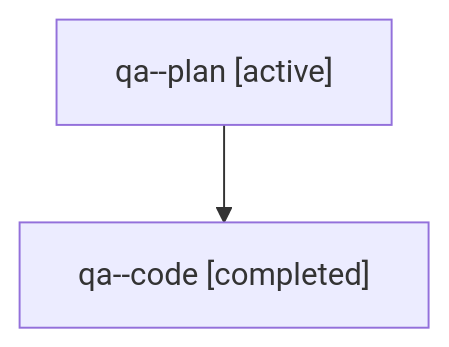
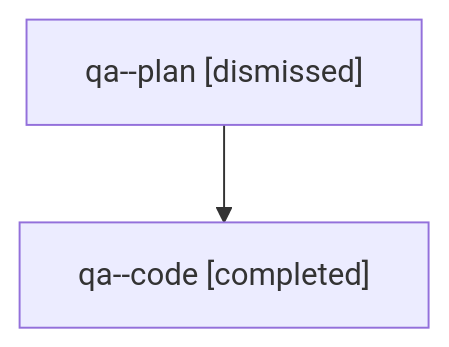
One commit to bobs-org/bob-cli--agents changed the diagram in sessions/bbugyi200.athena.qa.md. Above: the diagram before and after it, drawn with Mermaid. The commit also changed other lines of this file and 36 other files, not shown here.

````diff
--- a/sessions/bbugyi200.athena.qa.md
+++ b/sessions/bbugyi200.athena.qa.md
@@ -9,6 +9,6 @@
 ```mermaid
 flowchart TD
-  n0["qa--plan [active]"]
+  n0["qa--plan [dismissed]"]
   n1["qa--code [completed]"]
   n0 --> n1
 ```
````
